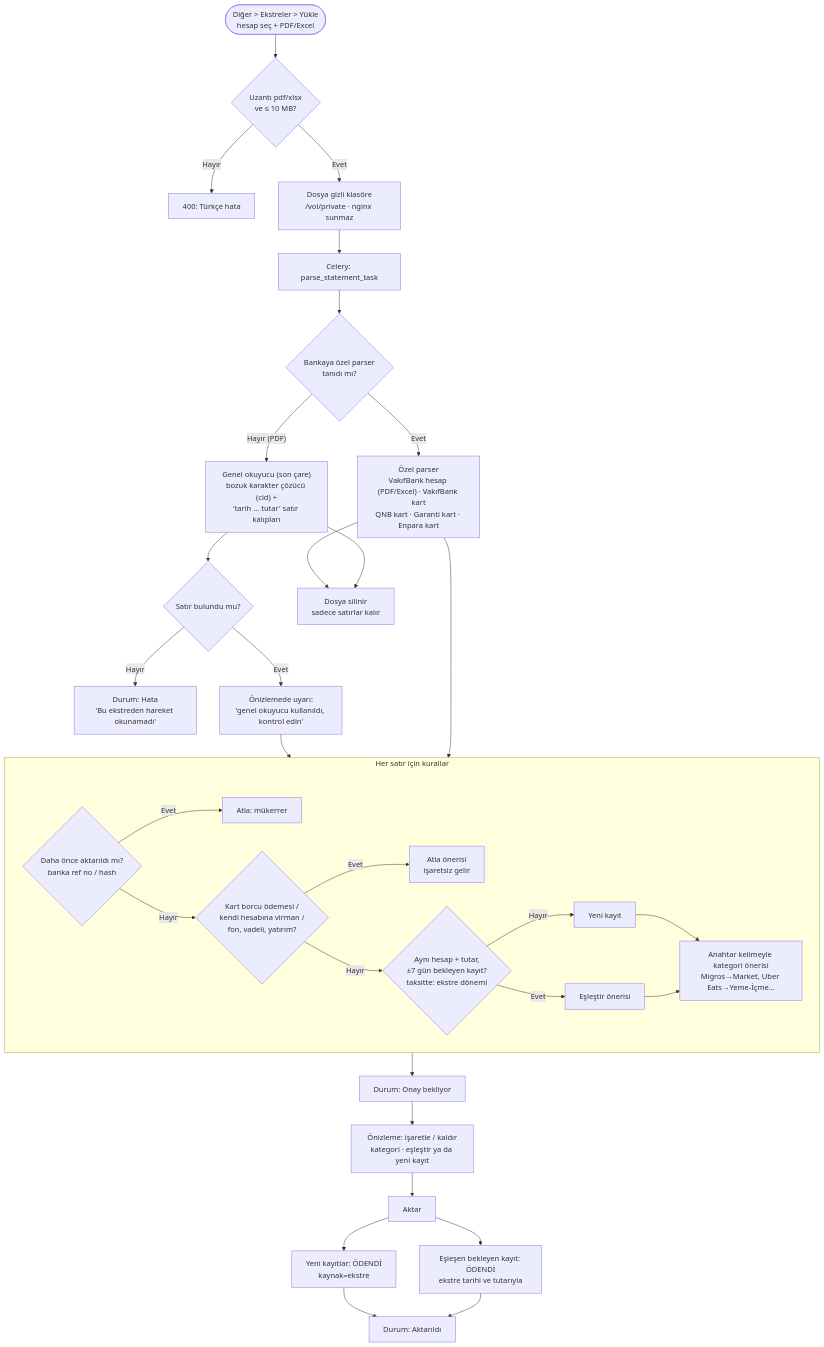
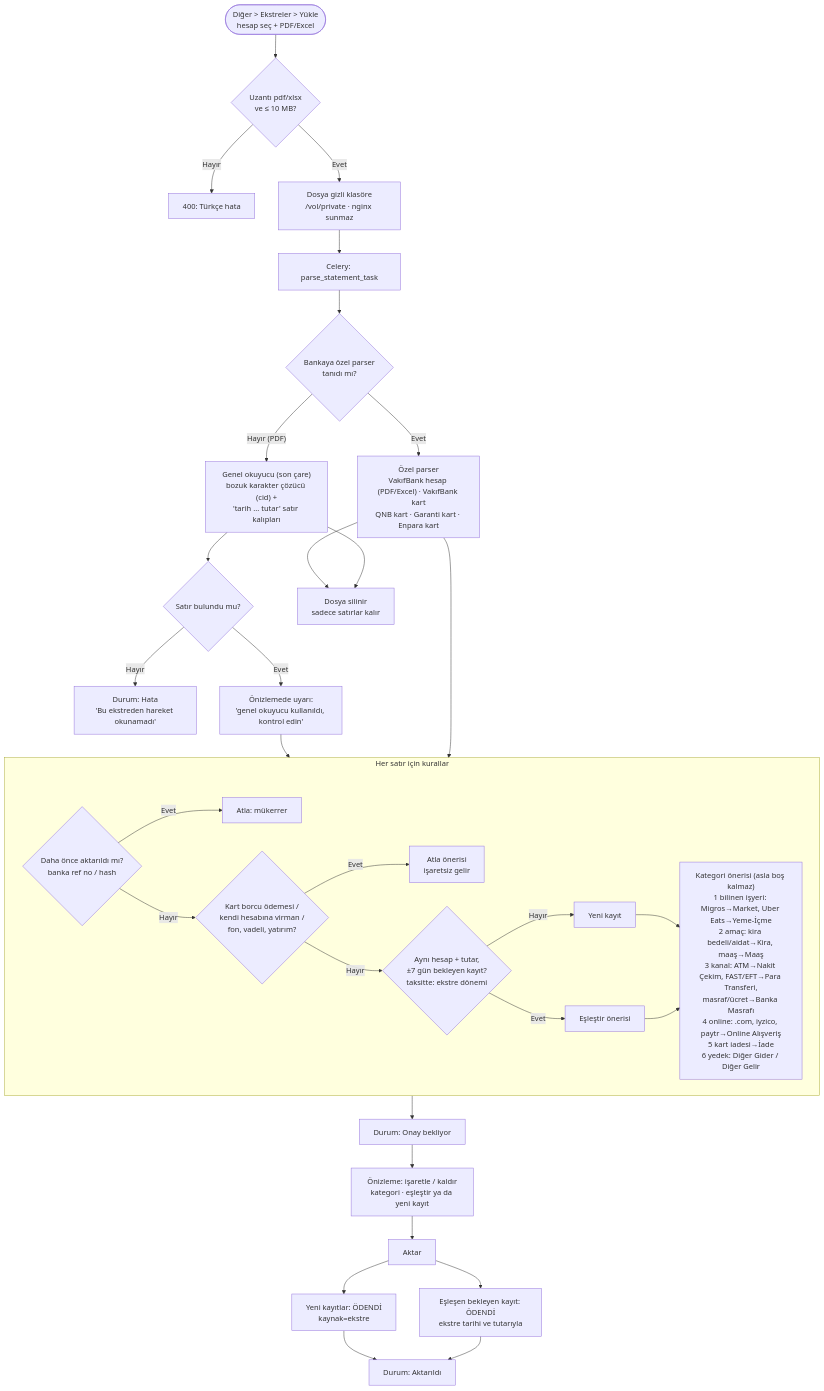
The eighth of 9 diagrams in docs/FLOW.md (anilcelik0/saving), drawn with Mermaid before and after one commit. The commit also changed 6 other files, not shown here.

````diff
--- a/docs/FLOW.md
+++ b/docs/FLOW.md
@@ -209,36 +209,36 @@
 ```mermaid
 flowchart TD
     UP([Diğer > Ekstreler > Yükle<br/>hesap seç + PDF/Excel]) --> V{Uzantı pdf/xlsx<br/>ve ≤ 10 MB?}
     V -- Hayır --> E400[400: Türkçe hata]
     V -- Evet --> SAVE[Dosya gizli klasöre<br/>/vol/private · nginx sunmaz]
     SAVE --> TASK[Celery: parse_statement_task]
     TASK --> DET{Bankaya özel parser<br/>tanıdı mı?}
     DET -- Evet --> PARSE["Özel parser<br/>VakıfBank hesap (PDF/Excel) · VakıfBank kart<br/>QNB kart · Garanti kart · Enpara kart"]
     DET -- "Hayır (PDF)" --> GEN["Genel okuyucu (son çare)<br/>bozuk karakter çözücü (cid) +<br/>'tarih ... tutar' satır kalıpları"]
     GEN --> GENOK{Satır bulundu mu?}
     GENOK -- Hayır --> FAIL[Durum: Hata<br/>'Bu ekstreden hareket okunamadı']
     GENOK -- Evet --> WARN[Önizlemede uyarı:<br/>'genel okuyucu kullanıldı, kontrol edin']
     WARN --> RULES
     PARSE --> DEL[Dosya silinir<br/>sadece satırlar kalır]
     GEN --> DEL
     PARSE --> RULES
 
     subgraph RULES["Her satır için kurallar"]
         K1{Daha önce aktarıldı mı?<br/>banka ref no / hash} -- Evet --> SK1[Atla: mükerrer]
         K1 -- Hayır --> K2{Kart borcu ödemesi /<br/>kendi hesabına virman /<br/>fon, vadeli, yatırım?}
         K2 -- Evet --> SK2[Atla önerisi<br/>işaretsiz gelir]
         K2 -- Hayır --> K3{Aynı hesap + tutar,<br/>±7 gün bekleyen kayıt?<br/>taksitte: ekstre dönemi}
         K3 -- Evet --> MT[Eşleştir önerisi]
         K3 -- Hayır --> IM[Yeni kayıt]
-        IM --> CAT[Anahtar kelimeyle kategori önerisi<br/>Migros→Market, Uber Eats→Yeme-İçme...]
+        IM --> CAT["Kategori önerisi (asla boş kalmaz)<br/>1 bilinen işyeri: Migros→Market, Uber Eats→Yeme-İçme<br/>2 amaç: kira bedeli/aidat→Kira, maaş→Maaş<br/>3 kanal: ATM→Nakit Çekim, FAST/EFT→Para Transferi,<br/>masraf/ücret→Banka Masrafı<br/>4 online: .com, iyzico, paytr→Online Alışveriş<br/>5 kart iadesi→İade<br/>6 yedek: Diğer Gider / Diğer Gelir"]
         MT --> CAT
     end
 
     RULES --> READY[Durum: Onay bekliyor]
     READY --> REVIEW[Önizleme: işaretle / kaldır<br/>kategori · eşleştir ya da yeni kayıt]
     REVIEW --> CONF[Aktar]
     CONF --> T1[Yeni kayıtlar: ÖDENDİ<br/>kaynak=ekstre]
     CONF --> T2[Eşleşen bekleyen kayıt: ÖDENDİ<br/>ekstre tarihi ve tutarıyla]
     T1 --> DONE[Durum: Aktarıldı]
     T2 --> DONE
 ```
````
